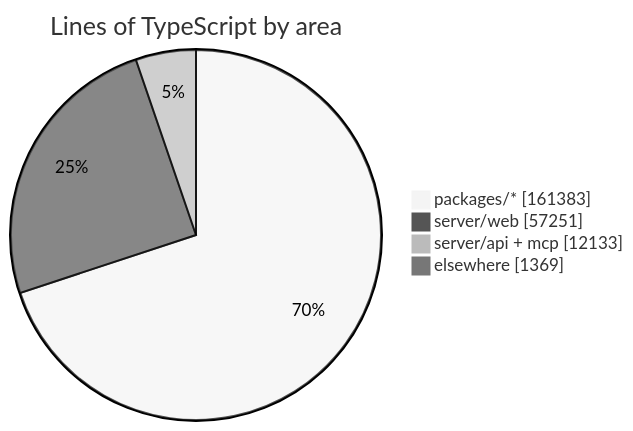
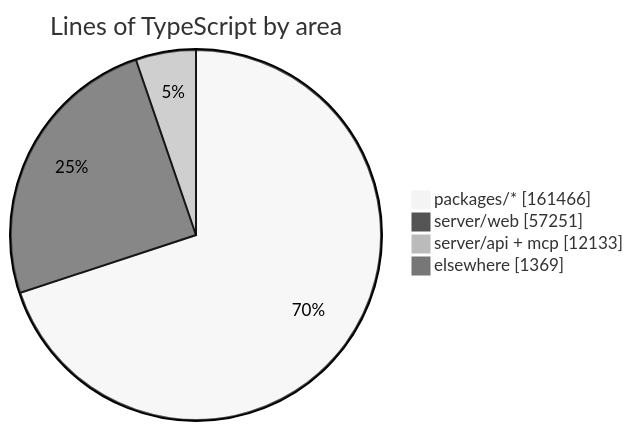
Before and after one commit to crossworks-engineering/mantle: the diagram in README.md, drawn with Mermaid (neutral theme). The commit also changed other lines of this file and 2 other files, not shown here.

````diff
--- a/README.md
+++ b/README.md
@@ -279,7 +279,7 @@
 ```mermaid
 pie showData title Lines of TypeScript by area
-    "packages/*" : 161383
+    "packages/*" : 161466
     "server/web" : 57251
     "server/api + mcp" : 12133
     "elsewhere" : 1369
 ```
````
